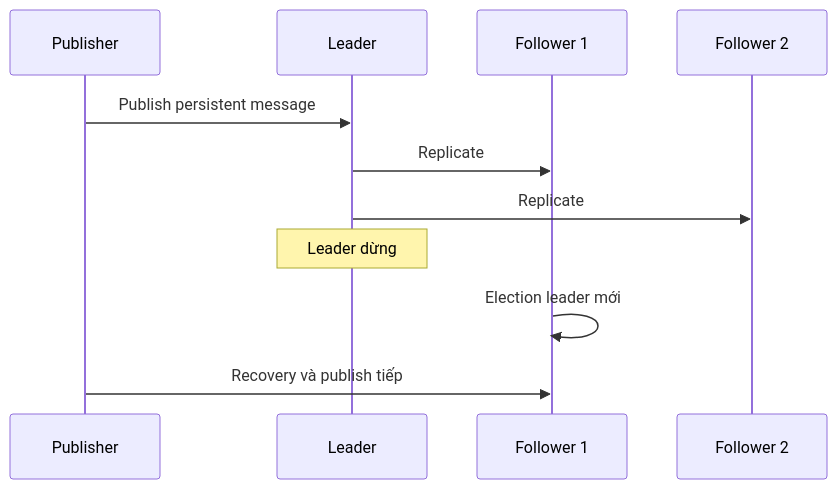
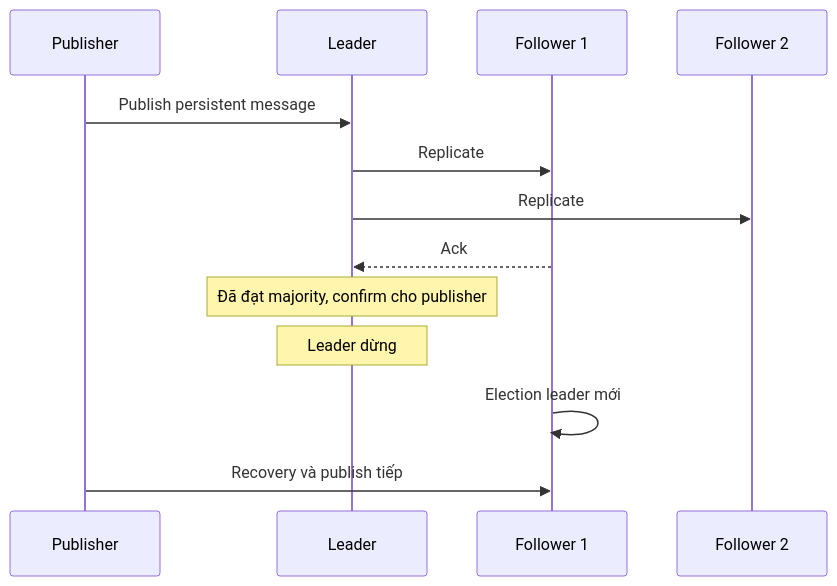
One commit to trungdev26/angular-internals changed diagram 13 of 13 in src/assets/docs/dotnet-core/rabbitmq-reliable-messaging.md. Above: the diagram before and after it, drawn with Mermaid. The commit also changed other lines of this file and 4 other files, not shown here.

````diff
--- a/src/assets/docs/dotnet-core/rabbitmq-reliable-messaging.md
+++ b/src/assets/docs/dotnet-core/rabbitmq-reliable-messaging.md
@@ -676,13 +1188,15 @@
 ```mermaid
 sequenceDiagram
     participant P as Publisher
     participant L as Leader
     participant F1 as Follower 1
     participant F2 as Follower 2
     P->>L: Publish persistent message
     L->>F1: Replicate
     L->>F2: Replicate
+    F1-->>L: Ack
+    Note over L: Đã đạt majority, confirm cho publisher
     Note over L: Leader dừng
     F1->>F1: Election leader mới
     P->>F1: Recovery và publish tiếp
 ```
````
